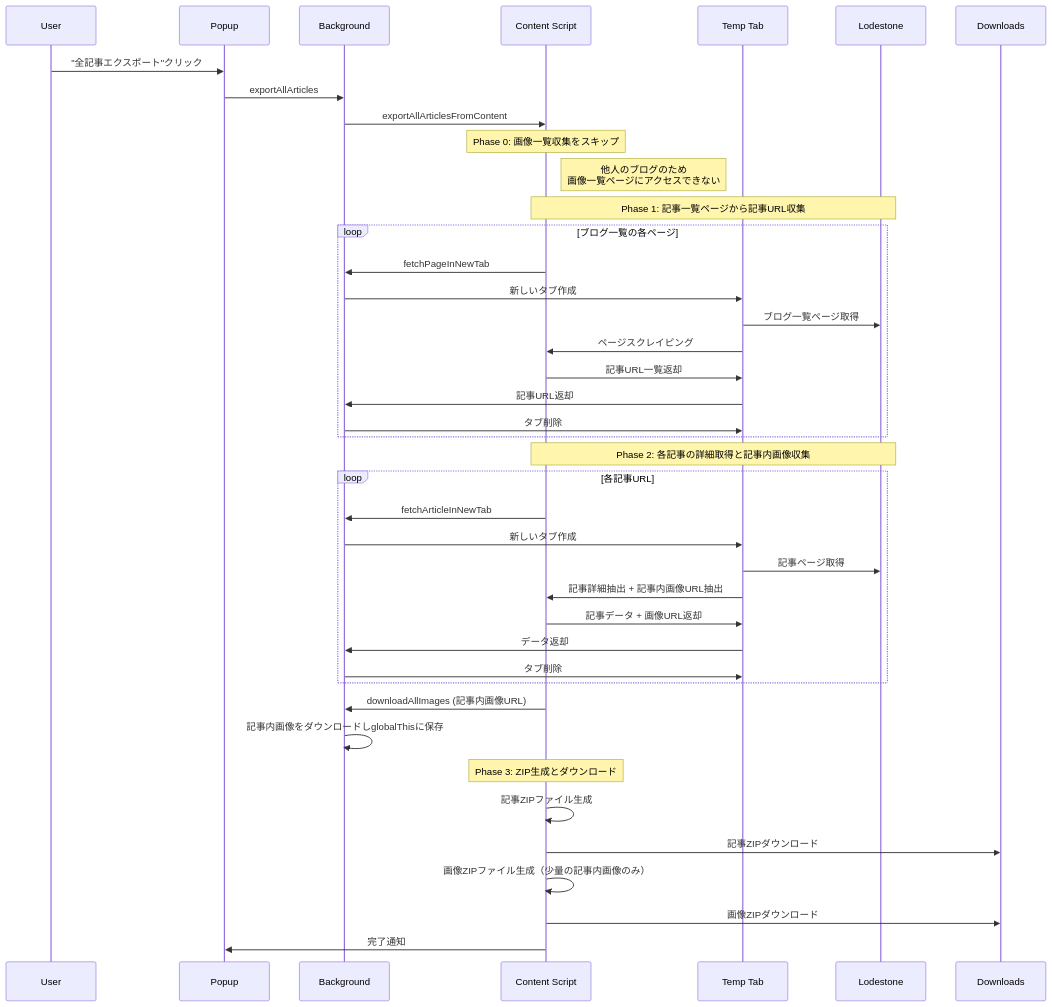
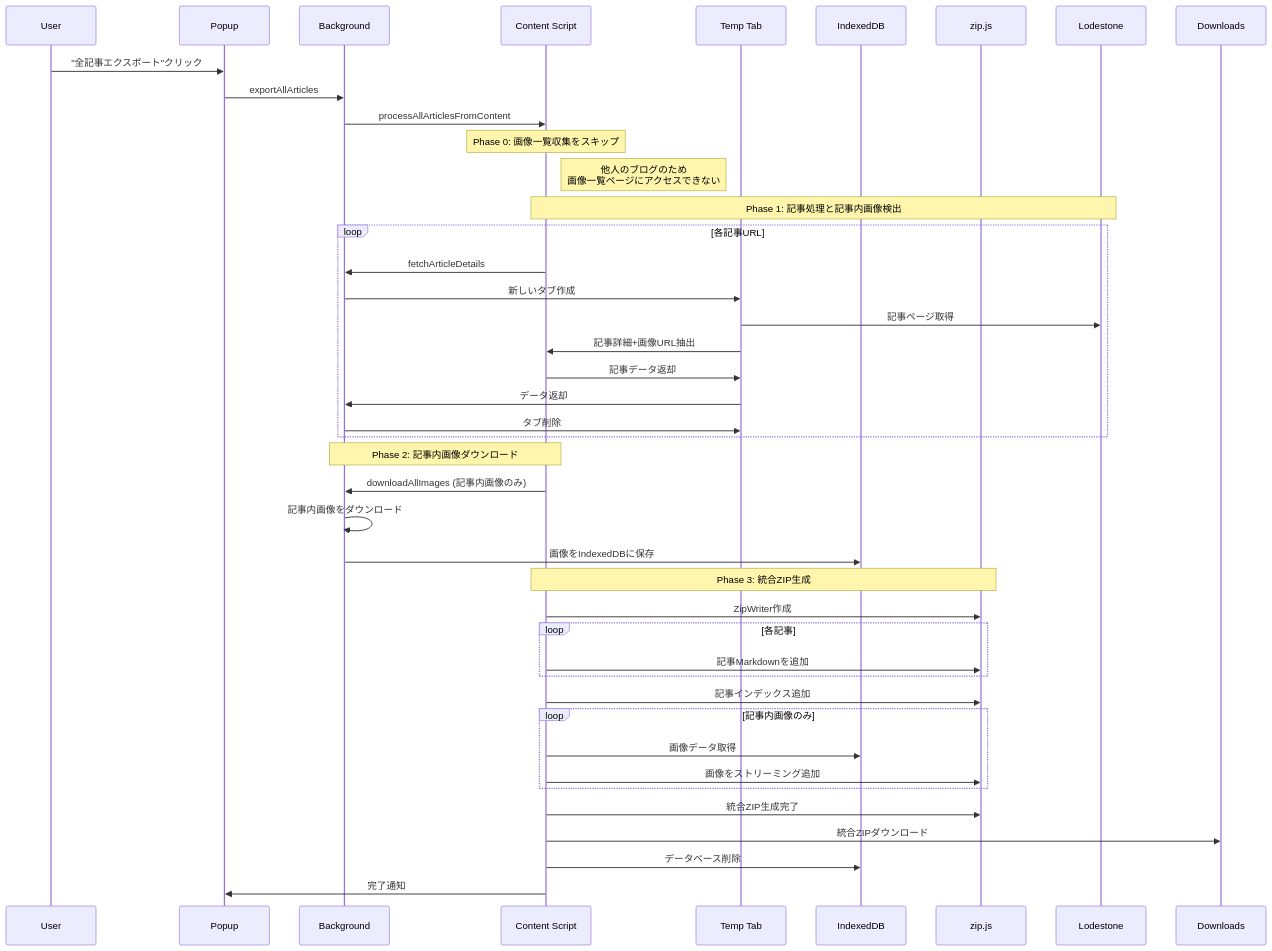
Before and after one commit to kako-jun/sync-stone: the fourth of 8 diagrams in .claude/design-document.md, drawn with Mermaid. The commit also changed other lines of this file and 1 other file, not shown here.

````diff
--- a/.claude/design-document.md
+++ b/.claude/design-document.md
@@ -154,49 +193,50 @@
 ```mermaid
 sequenceDiagram
     participant U as User
     participant P as Popup
     participant B as Background
     participant C as Content Script
     participant T as Temp Tab
+    participant IDB as IndexedDB
+    participant Z as zip.js
     participant L as Lodestone
     participant D as Downloads
 
     U->>P: "全記事エクスポート"クリック
     P->>B: exportAllArticles
-    B->>C: exportAllArticlesFromContent
+    B->>C: processAllArticlesFromContent
     
     Note over C: Phase 0: 画像一覧収集をスキップ
     Note right of C: 他人のブログのため<br/>画像一覧ページにアクセスできない
     
-    Note over C,L: Phase 1: 記事一覧ページから記事URL収集
-    loop ブログ一覧の各ページ
-        C->>B: fetchPageInNewTab
-        B->>T: 新しいタブ作成
-        T->>L: ブログ一覧ページ取得
-        T->>C: ページスクレイピング
-        C->>T: 記事URL一覧返却
-        T->>B: 記事URL返却
-        B->>T: タブ削除
-    end
-    
-    Note over C,L: Phase 2: 各記事の詳細取得と記事内画像収集
+    Note over C,L: Phase 1: 記事処理と記事内画像検出
     loop 各記事URL
-        C->>B: fetchArticleInNewTab
+        C->>B: fetchArticleDetails
         B->>T: 新しいタブ作成
         T->>L: 記事ページ取得
-        T->>C: 記事詳細抽出 + 記事内画像URL抽出
-        C->>T: 記事データ + 画像URL返却
+        T->>C: 記事詳細+画像URL抽出
+        C->>T: 記事データ返却
         T->>B: データ返却
         B->>T: タブ削除
     end
     
-    C->>B: downloadAllImages (記事内画像URL)
-    B->>B: 記事内画像をダウンロードしglobalThisに保存
+    Note over C,B: Phase 2: 記事内画像ダウンロード
+    C->>B: downloadAllImages (記事内画像のみ)
+    B->>B: 記事内画像をダウンロード
+    B->>IDB: 画像をIndexedDBに保存
     
-    Note over C: Phase 3: ZIP生成とダウンロード
-    C->>C: 記事ZIPファイル生成
-    C->>D: 記事ZIPダウンロード
-    C->>C: 画像ZIPファイル生成（少量の記事内画像のみ）
-    C->>D: 画像ZIPダウンロード
+    Note over C,Z: Phase 3: 統合ZIP生成
+    C->>Z: ZipWriter作成
+    loop 各記事
+        C->>Z: 記事Markdownを追加
+    end
+    C->>Z: 記事インデックス追加
+    loop 記事内画像のみ
+        C->>IDB: 画像データ取得
+        C->>Z: 画像をストリーミング追加
+    end
+    C->>Z: 統合ZIP生成完了
+    C->>D: 統合ZIPダウンロード
+    C->>IDB: データベース削除
     C->>P: 完了通知
 ```
````
